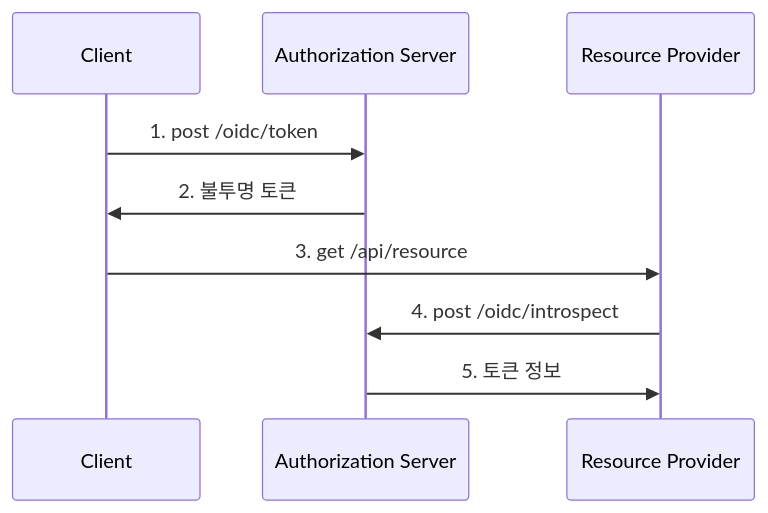
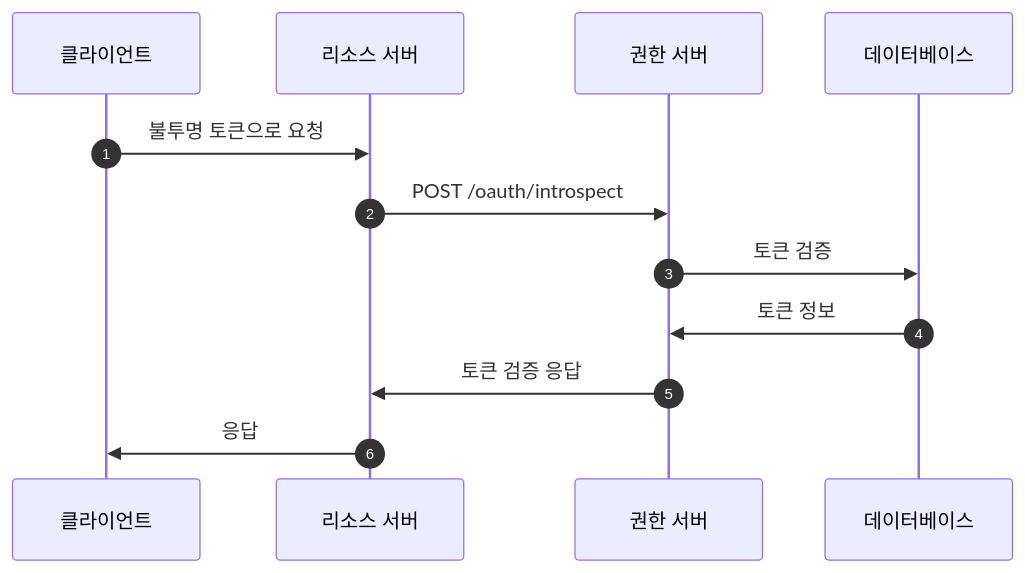
One commit to logto-io/auth-wiki changed the third of 5 diagrams in src/content/terms/ko/opaque-token.mdx. Above: the diagram before and after it, drawn with Mermaid. The commit also changed other lines of this file and 95 other files, not shown here.

````diff
--- a/src/content/terms/ko/opaque-token.mdx
+++ b/src/content/terms/ko/opaque-token.mdx
@@ -49,13 +80,15 @@
 ```mermaid
 sequenceDiagram
-    participant C as Client
-    participant AS as Authorization Server
-    participant RP as Resource Provider
+    participant C as 클라이언트
+    participant RS as 리소스 서버
+    participant AS as 권한 서버
+    participant D as 데이터베이스
+    autonumber
 
-    C ->> AS: 1. post /oidc/token
-    AS ->> C: 2. 불투명 토큰
-    C ->> RP: 3. get /api/resource
-    RP ->> AS: 4. post /oidc/introspect
-    AS ->> RP: 5. 토큰 정보
-
+    C->>RS: 불투명 토큰으로 요청
+    RS->>AS: POST /oauth/introspect
+    AS->>D: 토큰 검증
+    D->>AS: 토큰 정보
+    AS->>RS: 토큰 검증 응답
+    RS->>C: 응답
 ```
````
